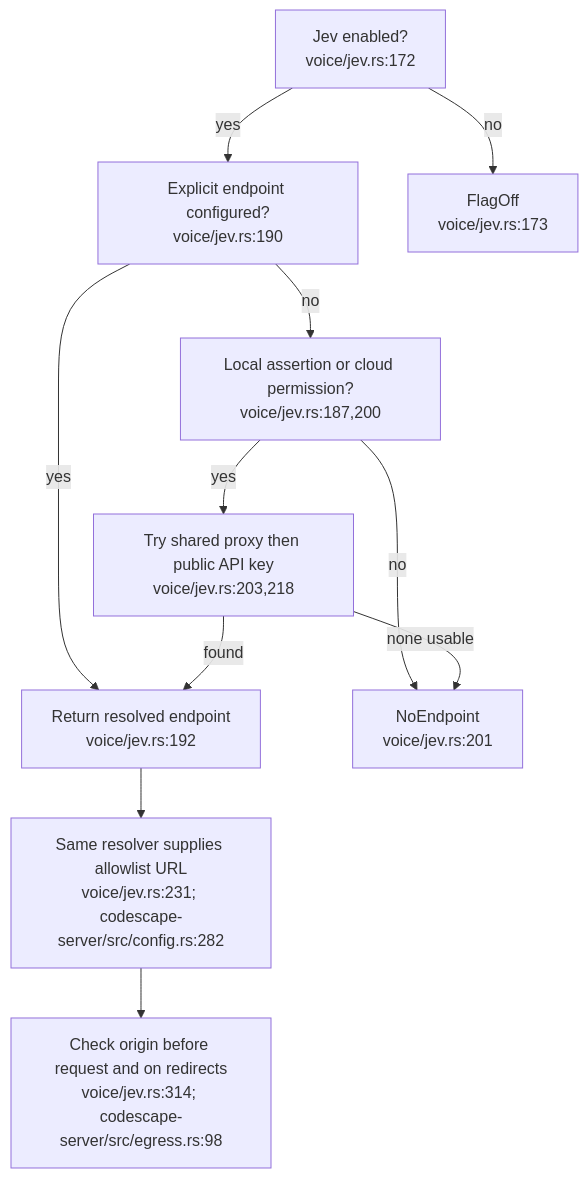
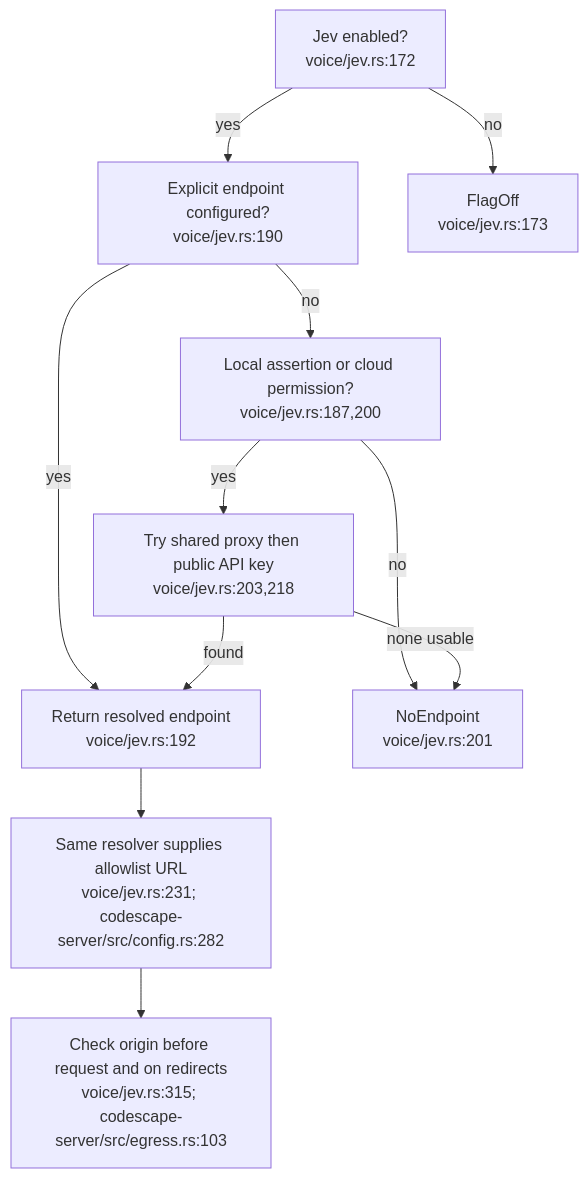
One commit to DreamLab-AI/VisionFlow changed the second of 4 diagrams in docs/diagrams/visionclaw/42-codescape-command-policy-and-runtime-artefacts.md. Above: the diagram before and after it, drawn with Mermaid. The commit also changed other lines of this file and 173 other files, not shown here.

````diff
--- a/docs/diagrams/visionclaw/42-codescape-command-policy-and-runtime-artefacts.md
+++ b/docs/diagrams/visionclaw/42-codescape-command-policy-and-runtime-artefacts.md
@@ -48,13 +48,13 @@
 ```mermaid
 flowchart TD
     ON["Jev enabled?<br/>voice/jev.rs:172"] -->|yes| EP["Explicit endpoint configured?<br/>voice/jev.rs:190"]
     ON -->|no| OFF["FlagOff<br/>voice/jev.rs:173"]
     EP -->|yes| RES["Return resolved endpoint<br/>voice/jev.rs:192"]
     EP -->|no| PERM["Local assertion or cloud permission?<br/>voice/jev.rs:187,200"]
     PERM -->|no| NO["NoEndpoint<br/>voice/jev.rs:201"]
     PERM -->|yes| FALL["Try shared proxy then public API key<br/>voice/jev.rs:203,218"]
     FALL -->|found| RES
     FALL -->|none usable| NO
     RES --> LIST["Same resolver supplies allowlist URL<br/>voice/jev.rs:231; codescape-server/src/config.rs:282"]
-    LIST --> SEND["Check origin before request and on redirects<br/>voice/jev.rs:314; codescape-server/src/egress.rs:98"]
+    LIST --> SEND["Check origin before request and on redirects<br/>voice/jev.rs:315; codescape-server/src/egress.rs:103"]
 ```
````
